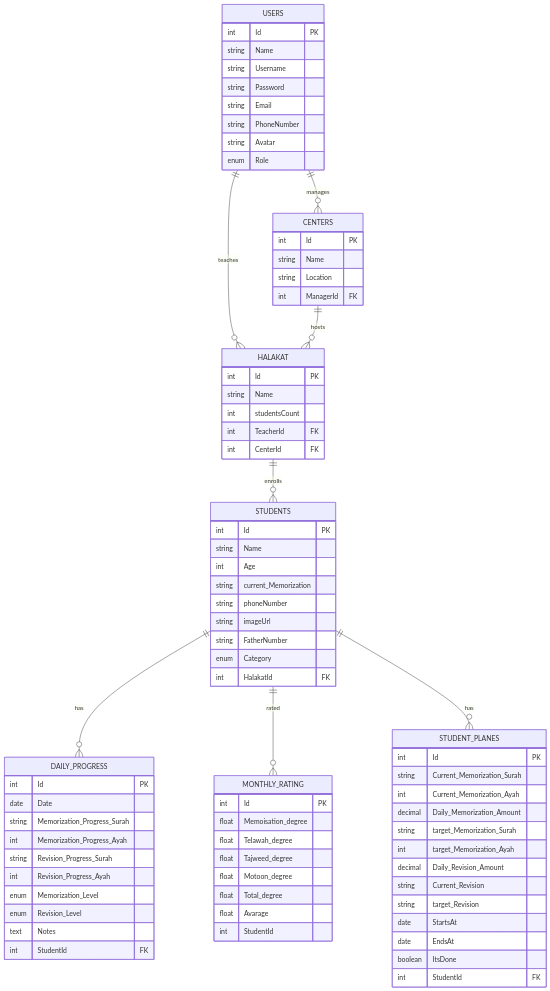
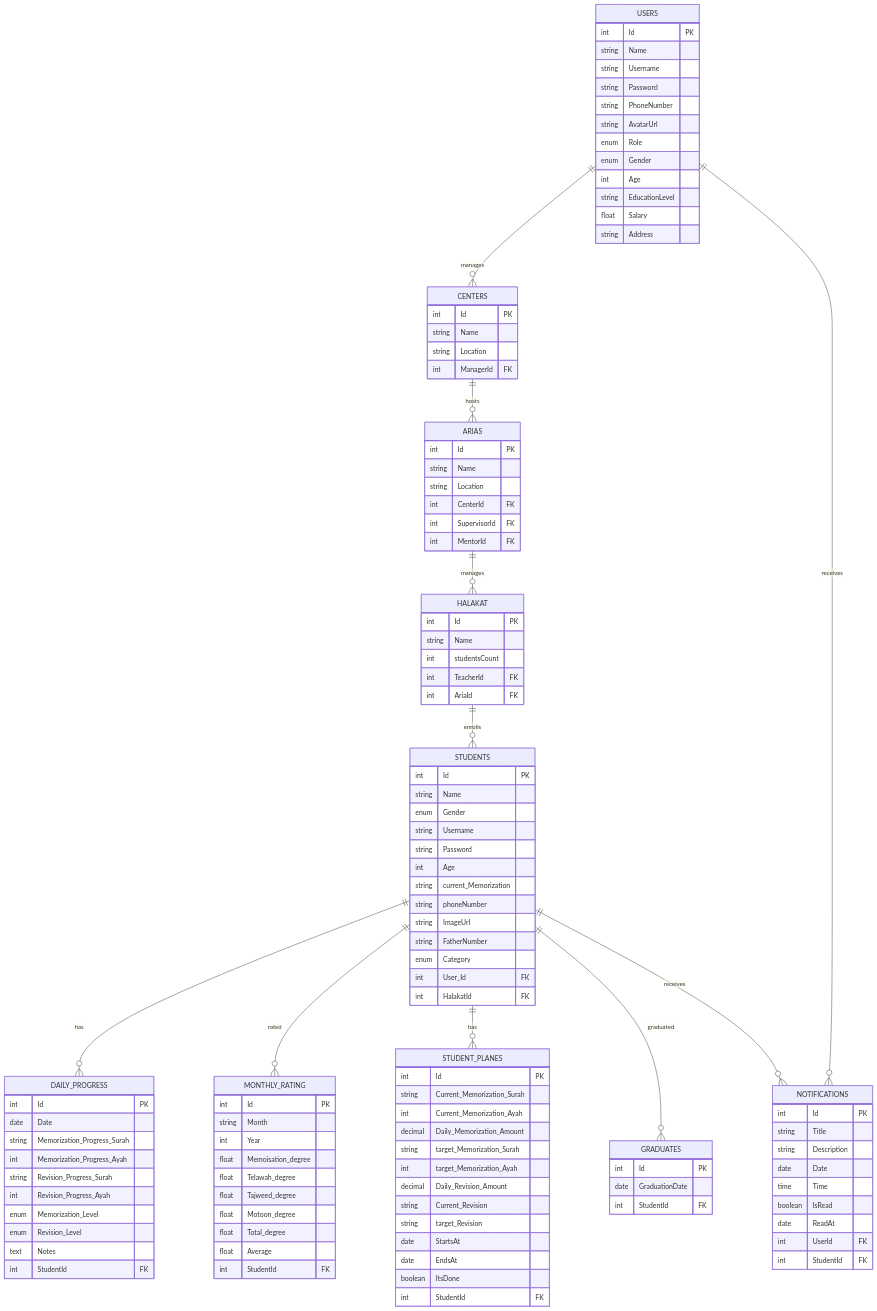
One commit to Mreng78/khirocom_project changed the second of 5 diagrams in .qoder/repowiki/en/content/Database Design/Database Design.md. Above: the diagram before and after it, drawn with Mermaid. The commit also changed other lines of this file and 13 other files, not shown here.

````diff
--- a/.qoder/repowiki/en/content/Database Design/Database Design.md
+++ b/.qoder/repowiki/en/content/Database Design/Database Design.md
@@ -114,10 +148,14 @@
 string Name
 string Username
 string Password
-string Email
 string PhoneNumber
-string Avatar
+string AvatarUrl
 enum Role
+enum Gender
+int Age
+string EducationLevel
+float Salary
+string Address
 }
 CENTERS {
 int Id PK
@@ -125,22 +163,34 @@
 string Location
 int ManagerId FK
 }
+ARIAS {
+int Id PK
+string Name
+string Location
+int CenterId FK
+int SupervisorId FK
+int MentorId FK
+}
 HALAKAT {
 int Id PK
 string Name
 int studentsCount
 int TeacherId FK
-int CenterId FK
+int AriaId FK
 }
 STUDENTS {
 int Id PK
 string Name
+enum Gender
+string Username
+string Password
 int Age
 string current_Memorization
 string phoneNumber
-string imageUrl
+string ImageUrl
 string FatherNumber
 enum Category
+int User_Id FK
 int HalakatId FK
 }
 DAILY_PROGRESS {
@@ -157,13 +207,15 @@
 }
 MONTHLY_RATING {
 int Id PK
+string Month
+int Year
 float Memoisation_degree
 float Telawah_degree
 float Tajweed_degree
 float Motoon_degree
 float Total_degree
-float Avarage
-int StudentId
+float Average
+int StudentId FK
 }
 STUDENT_PLANES {
 int Id PK
@@ -180,11 +232,30 @@
 boolean ItsDone
 int StudentId FK
 }
+GRADUATES {
+int Id PK
+date GraduationDate
+int StudentId FK
+}
+NOTIFICATIONS {
+int Id PK
+string Title
+string Description
+date Date
+time Time
+boolean IsRead
+date ReadAt
+int UserId FK
+int StudentId FK
+}
 USERS ||--o{ CENTERS : "manages"
-USERS ||--o{ HALAKAT : "teaches"
-CENTERS ||--o{ HALAKAT : "hosts"
+CENTERS ||--o{ ARIAS : "hosts"
+ARIAS ||--o{ HALAKAT : "manages"
 HALAKAT ||--o{ STUDENTS : "enrolls"
 STUDENTS ||--o{ DAILY_PROGRESS : "has"
 STUDENTS ||--o{ MONTHLY_RATING : "rated"
 STUDENTS ||--o{ STUDENT_PLANES : "has"
+STUDENTS ||--o{ GRADUATES : "graduated"
+USERS ||--o{ NOTIFICATIONS : "receives"
+STUDENTS ||--o{ NOTIFICATIONS : "receives"
 ```
````
